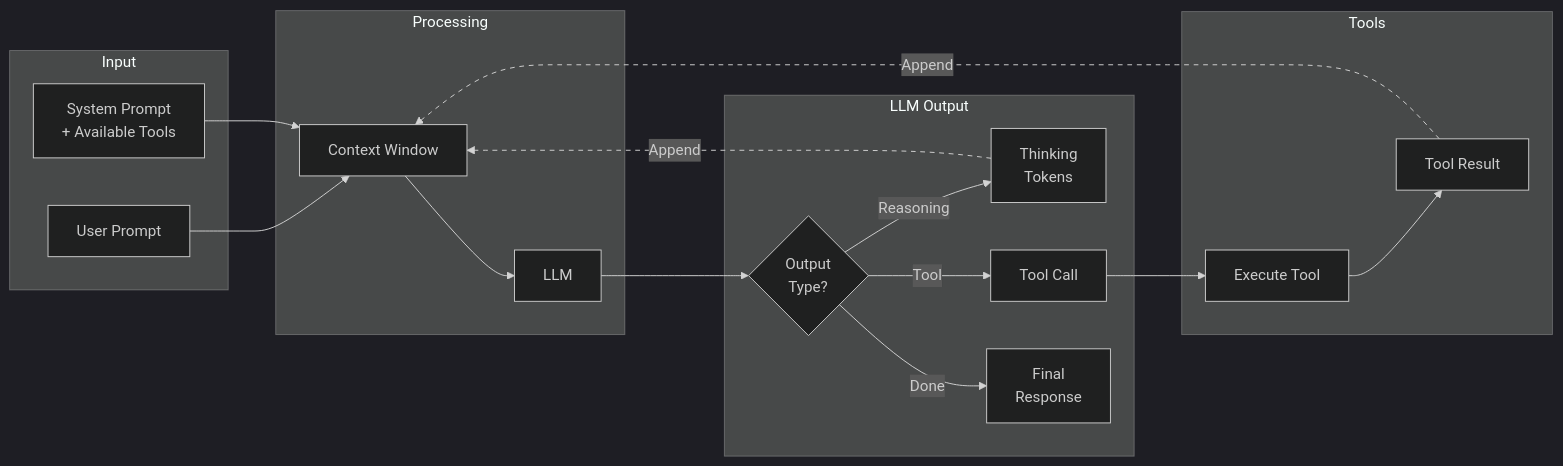
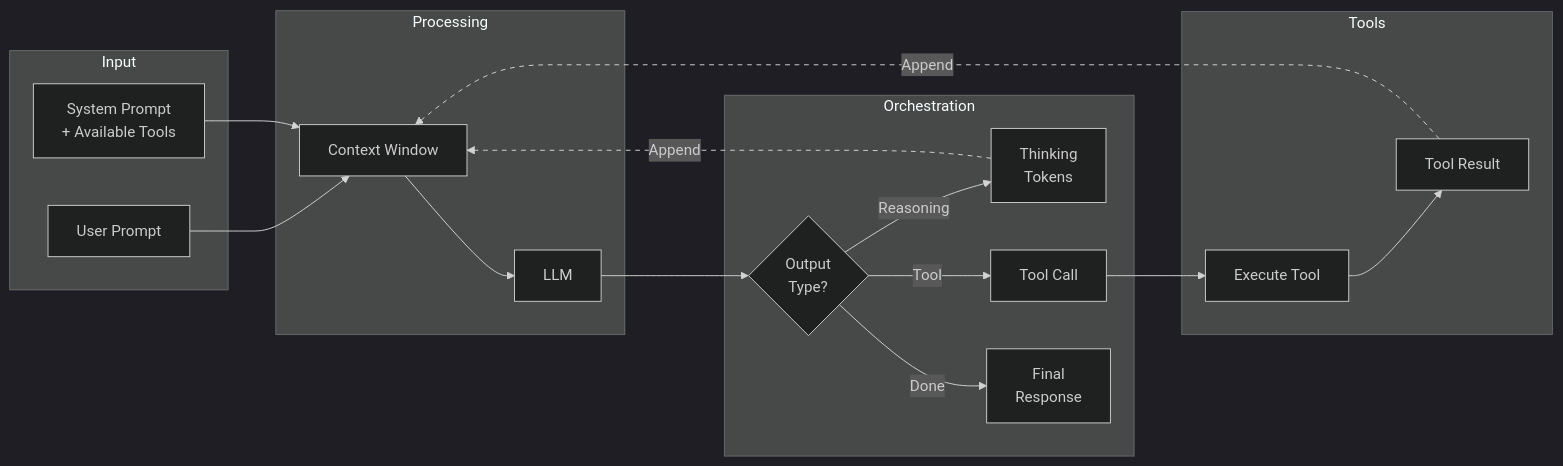
Before and after one commit to ionmihai/genai: the diagram in fundamentals/03_agents.qmd, drawn with Mermaid (dark theme). The commit also changed 5 other files, not shown here.

Commit message:
changed agent diagram

````diff
--- a/fundamentals/03_agents.qmd
+++ b/fundamentals/03_agents.qmd
@@ -46,35 +46,35 @@
 ```{mermaid}
 flowchart LR
     subgraph Input
         A["User Prompt"]
         S["System Prompt\n+ Available Tools"]
     end
     
     subgraph Processing
         D["Context Window"]
         E["LLM"]
     end
     
-    subgraph "LLM Output"
+    subgraph "Orchestration"
         F{"Output\nType?"}
         T["Thinking\nTokens"]
         G["Tool Call"]
         H["Final\nResponse"]
     end
     
     subgraph Tools
         X["Execute Tool"]
         R["Tool Result"]
     end
     
     A --> D
     S --> D
     D --> E --> F
     F -->|"Reasoning"| T
     T -->|"Append"| D
     F -->|"Tool"| G --> X --> R
     R -->|"Append"| D
     F -->|"Done"| H
     linkStyle 5 stroke-dasharray: 5 5
     linkStyle 9 stroke-dasharray: 5 5
 ```
````
